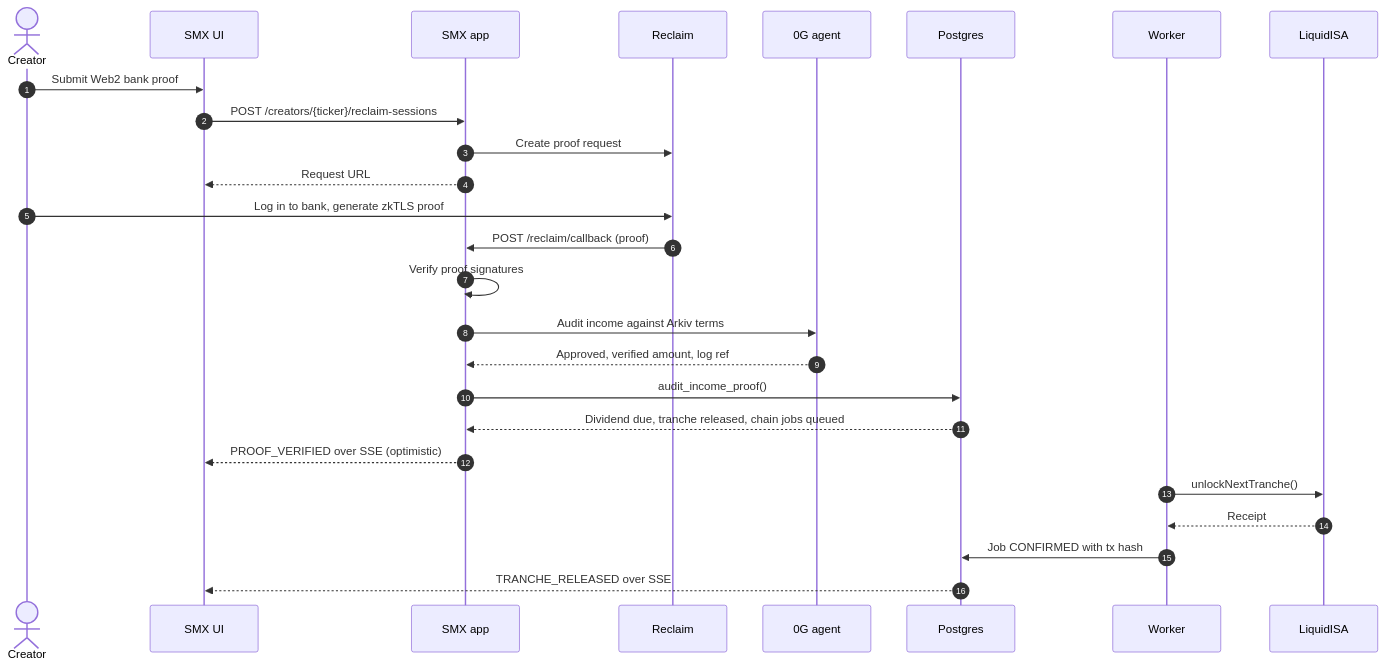
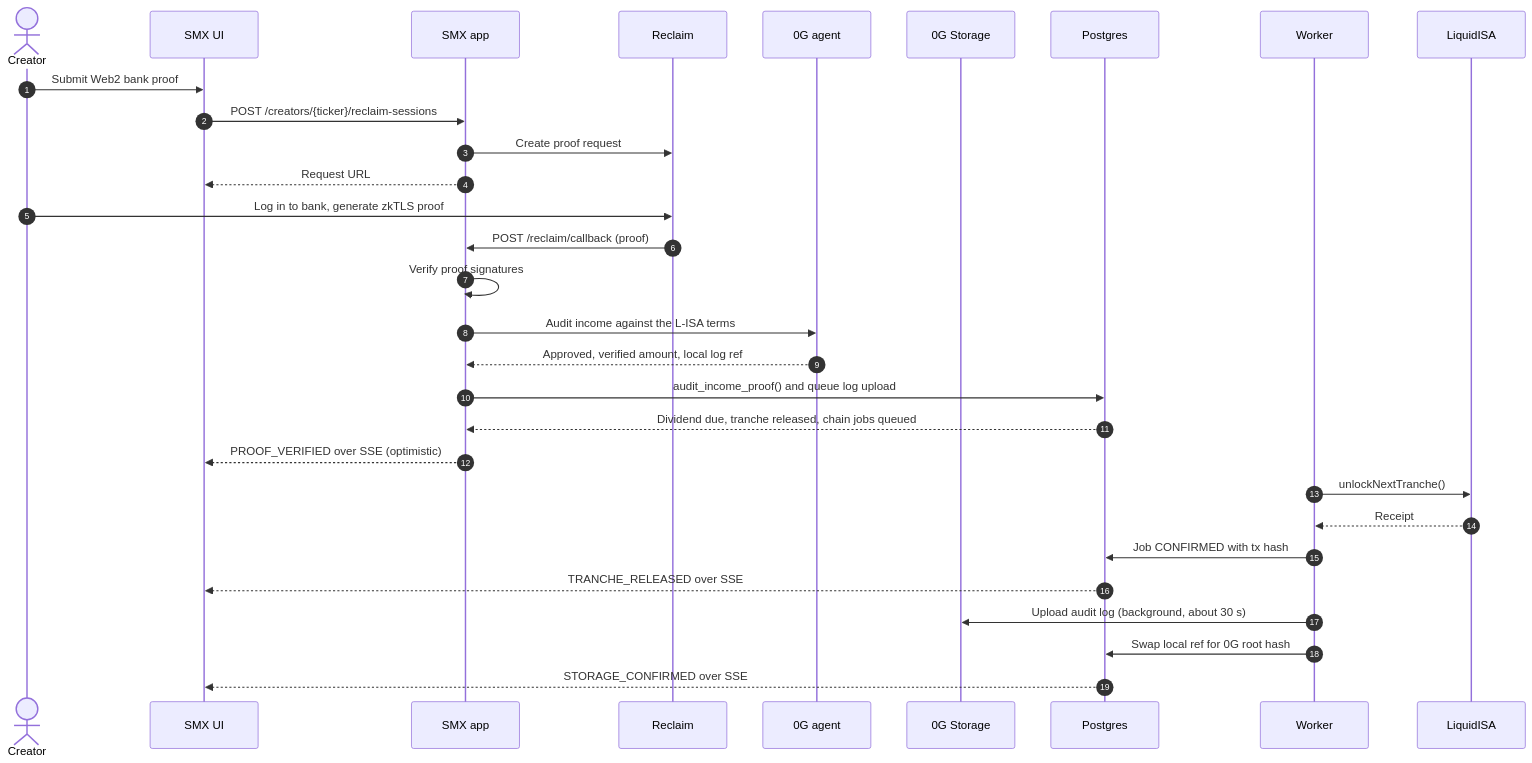
One commit to predatorx7/stakeme-ex changed the third of 4 diagrams in docs/product-spec.md. Above: the diagram before and after it, drawn with Mermaid. The commit also changed other lines of this file and 5 other files, not shown here.

````diff
--- a/docs/product-spec.md
+++ b/docs/product-spec.md
@@ -182,29 +220,33 @@
 ```mermaid
 sequenceDiagram
 	autonumber
 	actor Creator
 	participant UI as SMX UI
 	participant App as SMX app
 	participant Reclaim
 	participant ZeroG as 0G agent
+	participant Storage as 0G Storage
 	participant DB as Postgres
 	participant Worker
 	participant Chain as LiquidISA
 
 	Creator->>UI: Submit Web2 bank proof
 	UI->>App: POST /creators/{ticker}/reclaim-sessions
 	App->>Reclaim: Create proof request
 	App-->>UI: Request URL
 	Creator->>Reclaim: Log in to bank, generate zkTLS proof
 	Reclaim->>App: POST /reclaim/callback (proof)
 	App->>App: Verify proof signatures
-	App->>ZeroG: Audit income against Arkiv terms
-	ZeroG-->>App: Approved, verified amount, log ref
-	App->>DB: audit_income_proof()
+	App->>ZeroG: Audit income against the L-ISA terms
+	ZeroG-->>App: Approved, verified amount, local log ref
+	App->>DB: audit_income_proof() and queue log upload
 	DB-->>App: Dividend due, tranche released, chain jobs queued
 	App-->>UI: PROOF_VERIFIED over SSE (optimistic)
 	Worker->>Chain: unlockNextTranche()
 	Chain-->>Worker: Receipt
 	Worker->>DB: Job CONFIRMED with tx hash
 	DB-->>UI: TRANCHE_RELEASED over SSE
+	Worker->>Storage: Upload audit log (background, about 30 s)
+	Worker->>DB: Swap local ref for 0G root hash
+	DB-->>UI: STORAGE_CONFIRMED over SSE
 ```
````
